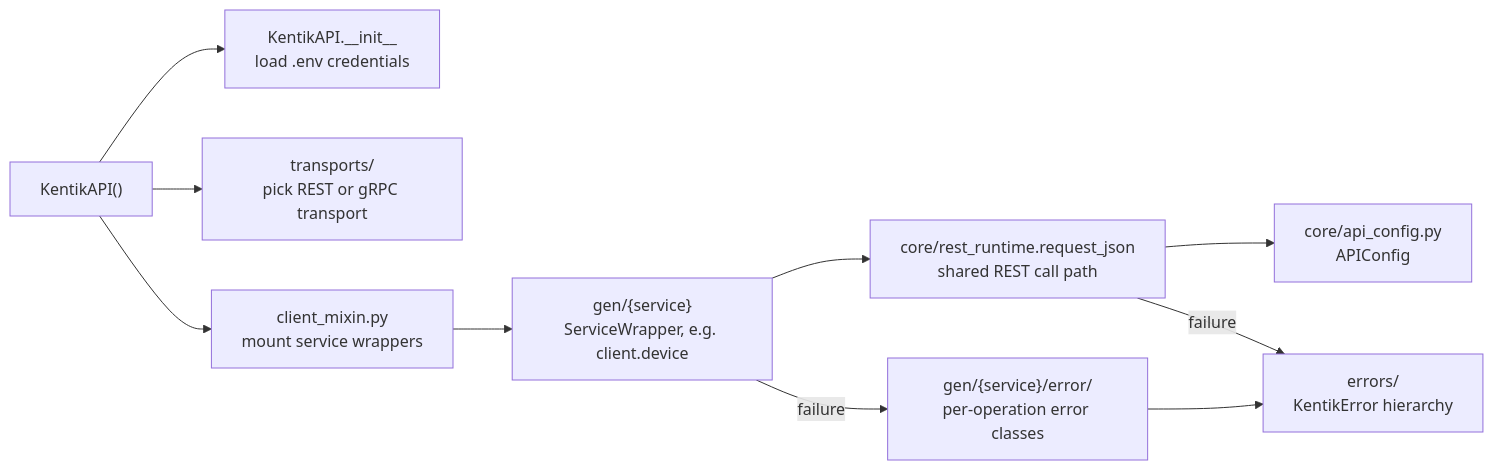
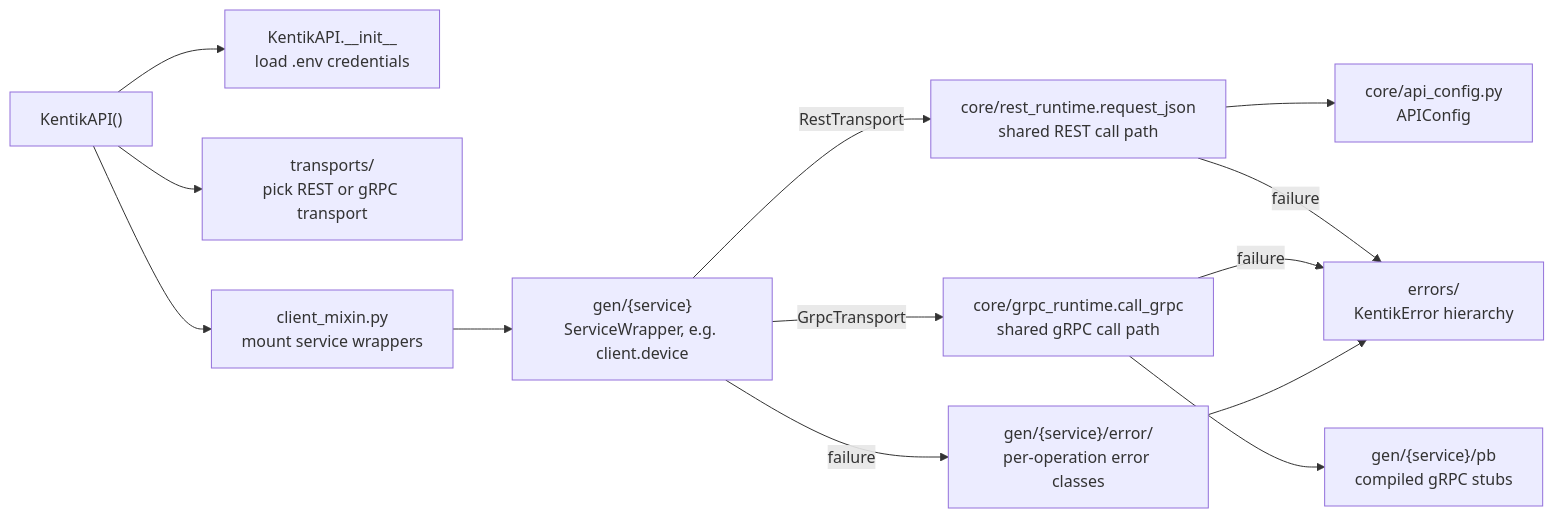
Before and after one commit to alexdearaujo/community_sdk_python: the diagram in src/kentik_api/README.md, drawn with Mermaid. The commit also changed other lines of this file and 22 other files, not shown here.

````diff
--- a/src/kentik_api/README.md
+++ b/src/kentik_api/README.md
@@ -28,13 +28,16 @@
 ```mermaid
 flowchart LR
     A["KentikAPI()"] --> B["KentikAPI.__init__<br/>load .env credentials"]
     A --> C["transports/<br/>pick REST or gRPC transport"]
     A --> D["client_mixin.py<br/>mount service wrappers"]
     D --> E["gen/{service}<br/>ServiceWrapper, e.g. client.device"]
-    E --> F["core/rest_runtime.request_json<br/>shared REST call path"]
+    E -->|RestTransport| F["core/rest_runtime.request_json<br/>shared REST call path"]
+    E -->|GrpcTransport| J["core/grpc_runtime.call_grpc<br/>shared gRPC call path"]
     F --> G["core/api_config.py<br/>APIConfig"]
+    J --> K["gen/{service}/pb<br/>compiled gRPC stubs"]
     F -->|failure| H["errors/<br/>KentikError hierarchy"]
+    J -->|failure| H
     E -->|failure| I["gen/{service}/error/<br/>per-operation error classes"]
     I --> H
 
 ```
````
